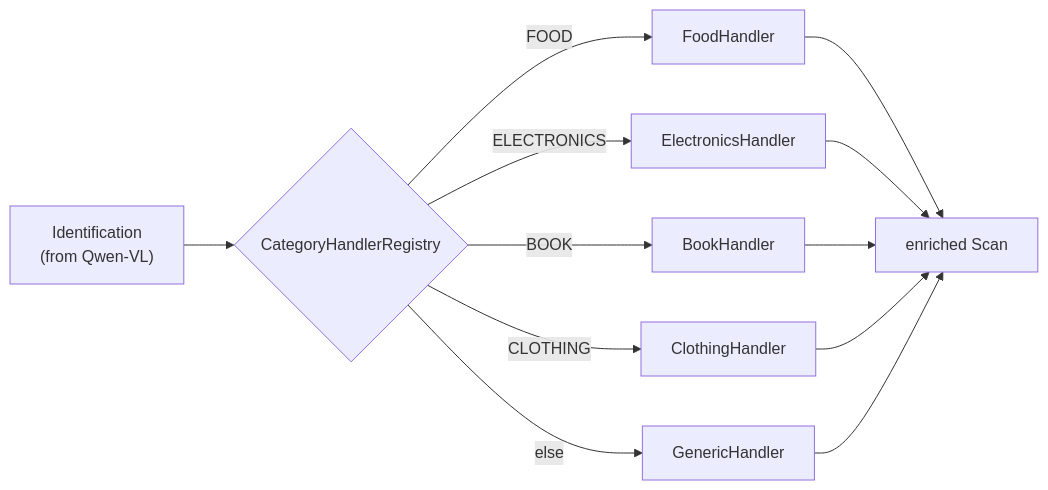
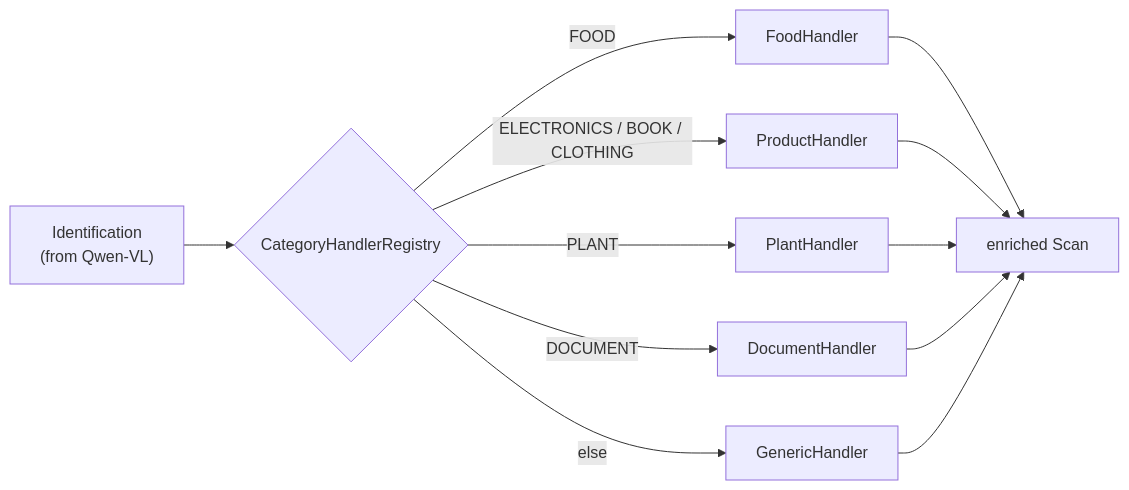
The second of 3 diagrams in docs/ARCHITECTURE.md (RhymezxCode/LifeLen), drawn with Mermaid before and after one commit. The commit also changed other lines of this file and 1 other file, not shown here.

First line of the commit message:
docs: reflect favorite/delete, document extraction, and offline fallback

````diff
--- a/docs/ARCHITECTURE.md
+++ b/docs/ARCHITECTURE.md
@@ -155,14 +155,14 @@
 ```mermaid
 graph LR
     id["Identification<br/>(from Qwen-VL)"] --> reg{CategoryHandlerRegistry}
     reg -->|FOOD| food[FoodHandler]
-    reg -->|ELECTRONICS| elec[ElectronicsHandler]
-    reg -->|BOOK| book[BookHandler]
-    reg -->|CLOTHING| cloth[ClothingHandler]
+    reg -->|ELECTRONICS / BOOK / CLOTHING| prod[ProductHandler]
+    reg -->|PLANT| plant[PlantHandler]
+    reg -->|DOCUMENT| doc[DocumentHandler]
     reg -->|else| gen[GenericHandler]
     food --> scan[enriched Scan]
-    elec --> scan
-    book --> scan
-    cloth --> scan
+    prod --> scan
+    plant --> scan
+    doc --> scan
     gen --> scan
 ```
````
